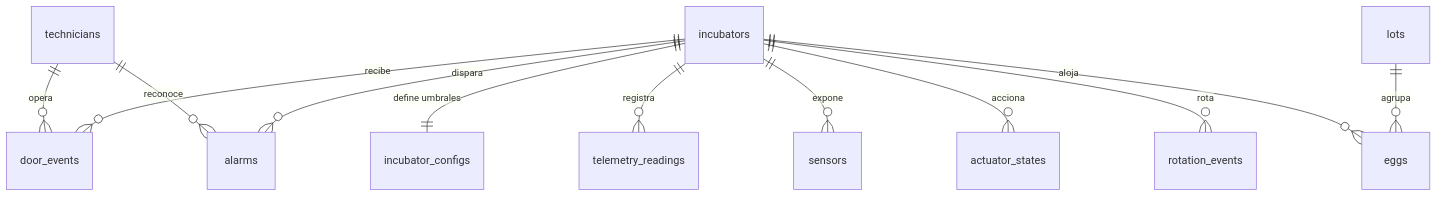
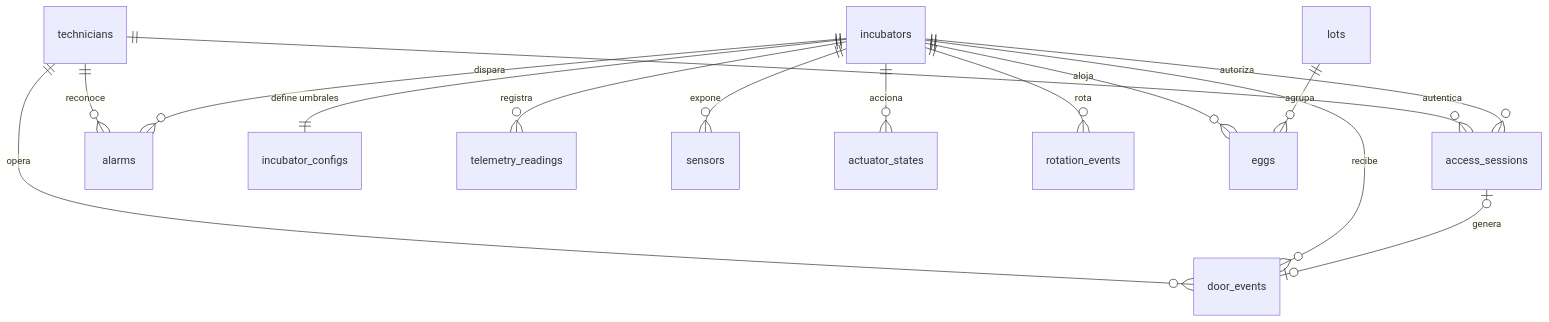
The fourth of 7 diagrams in Proyecto_1_SmartEgg/README.md (ricardious/AYC2_G3), drawn with Mermaid before and after one commit. The commit also changed other lines of this file, not shown here.

````diff
--- a/Proyecto_1_SmartEgg/README.md
+++ b/Proyecto_1_SmartEgg/README.md
@@ -196,16 +199,19 @@
 ```mermaid
 erDiagram
     technicians  ||--o{ door_events        : "opera"
+    technicians  ||--o{ access_sessions    : "autentica"
     technicians  ||--o{ alarms             : "reconoce"
 
     incubators   ||--|| incubator_configs  : "define umbrales"
     incubators   ||--o{ telemetry_readings : "registra"
     incubators   ||--o{ sensors            : "expone"
     incubators   ||--o{ actuator_states    : "acciona"
     incubators   ||--o{ alarms             : "dispara"
     incubators   ||--o{ rotation_events    : "rota"
     incubators   ||--o{ door_events        : "recibe"
+    incubators   ||--o{ access_sessions    : "autoriza"
     incubators   ||--o{ eggs               : "aloja"
 
     lots         ||--o{ eggs               : "agrupa"
+    access_sessions |o--o| door_events     : "genera"
 ```
````
